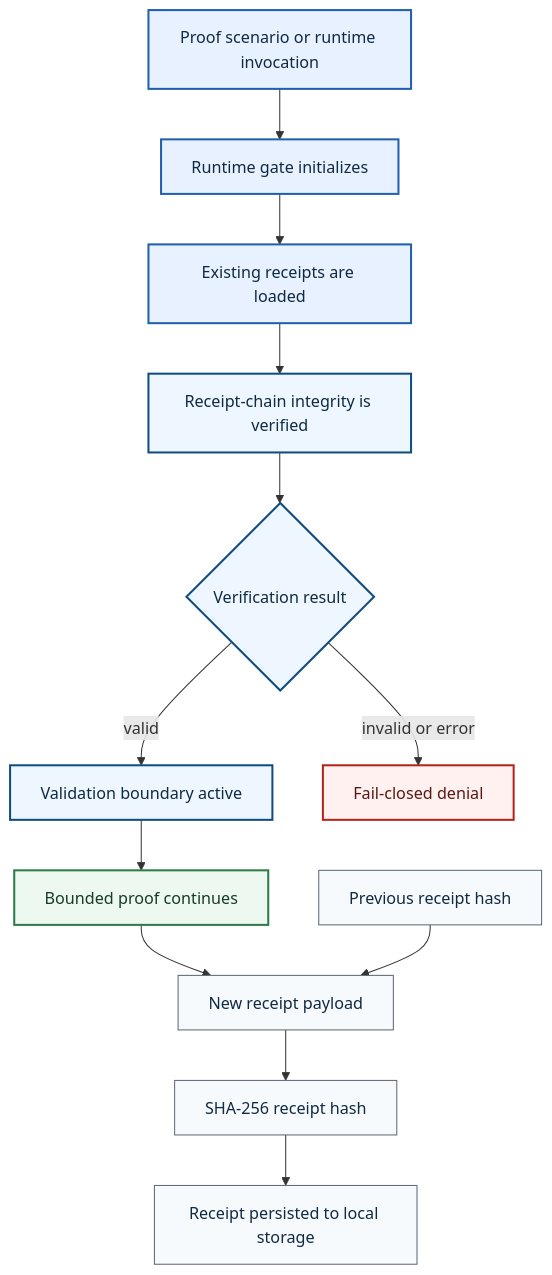
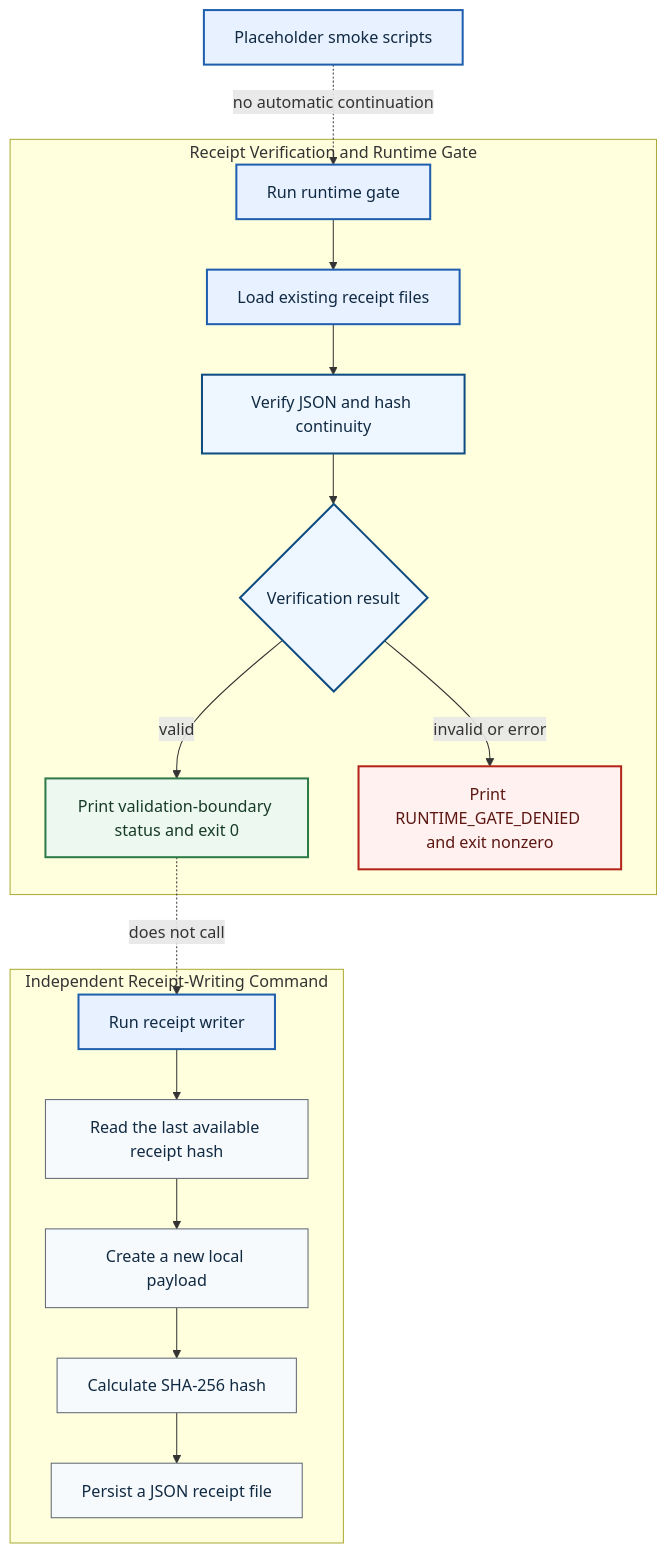
One commit to DETERMAai/determa-micro-runtime changed the diagram in README.md. Above: the diagram before and after it, drawn with Mermaid. The commit also changed other lines of this file, not shown here.

Commit message:
docs: correct micro-runtime proof and receipt boundaries

````diff
--- a/README.md
+++ b/README.md
@@ -24,31 +26,39 @@
 ```mermaid
 flowchart TB
-    A[Proof scenario or runtime invocation]
-    B[Runtime gate initializes]
-    C[Existing receipts are loaded]
-    D[Receipt-chain integrity is verified]
-    E{Verification result}
-    F[Validation boundary active]
-    G[Fail-closed denial]
-    H[Bounded proof continues]
-    I[New receipt payload]
-    J[Previous receipt hash]
-    K[SHA-256 receipt hash]
-    L[Receipt persisted to local storage]
+    subgraph G[Receipt Verification and Runtime Gate]
+      G1[Run runtime gate]
+      G2[Load existing receipt files]
+      G3[Verify JSON and hash continuity]
+      G4{Verification result}
+      G5[Print validation-boundary status and exit 0]
+      G6[Print RUNTIME_GATE_DENIED and exit nonzero]
+      G1 --> G2 --> G3 --> G4
+      G4 -->|valid| G5
+      G4 -->|invalid or error| G6
+    end
 
-    A --> B --> C --> D --> E
-    E -->|valid| F --> H --> I
-    E -->|invalid or error| G
-    J --> I --> K --> L
+    subgraph W[Independent Receipt-Writing Command]
+      W1[Run receipt writer]
+      W2[Read the last available receipt hash]
+      W3[Create a new local payload]
+      W4[Calculate SHA-256 hash]
+      W5[Persist a JSON receipt file]
+      W1 --> W2 --> W3 --> W4 --> W5
+    end
+
+    P[Placeholder smoke scripts]
+    P -. no automatic continuation .-> G1
+    G5 -. does not call .-> W1
 
     classDef input fill:#e8f1ff,stroke:#1f5fae,color:#102a43,stroke-width:2px;
     classDef gate fill:#eef7ff,stroke:#0f4c81,color:#102a43,stroke-width:2px;
     classDef allow fill:#edf8f1,stroke:#2d7a46,color:#173b25,stroke-width:2px;
     classDef deny fill:#fff1f0,stroke:#b42318,color:#5c1712,stroke-width:2px;
     classDef evidence fill:#f7fafc,stroke:#5b6573,color:#102a43;
-    class A,B,C input;
-    class D,E,F gate;
-    class H allow;
-    class G deny;
-    class I,J,K,L evidence;
+    class G1,G2,W1 input;
+    class G3,G4 gate;
+    class G5 allow;
+    class G6 deny;
+    class W2,W3,W4,W5 evidence;
+    class P input;
 ```
````
